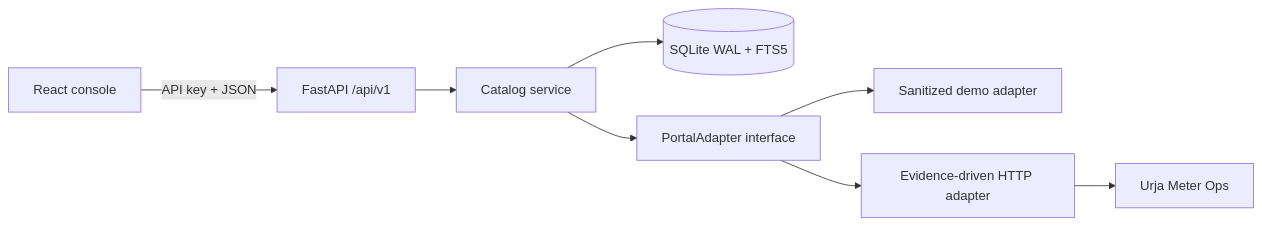
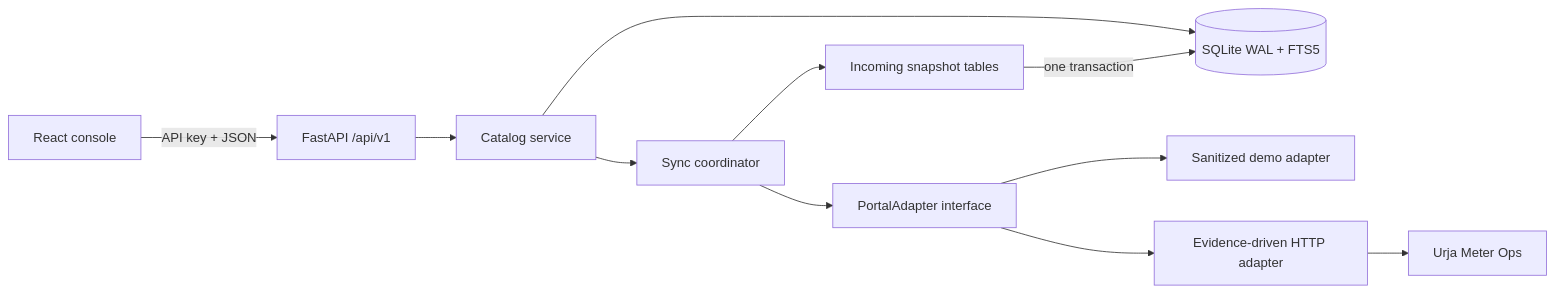
One commit to Thippeswamykr1204/Urja-Meter-Gateway changed the diagram in docs/architecture.md. Above: the diagram before and after it, drawn with Mermaid. The commit also changed other lines of this file and 103 other files, not shown here.

````diff
--- a/docs/architecture.md
+++ b/docs/architecture.md
@@ -3,10 +3,13 @@
 ```mermaid
 flowchart LR
   Browser[React console] -->|API key + JSON| API[FastAPI /api/v1]
   API --> Service[Catalog service]
+  Service --> Sync[Sync coordinator]
   Service --> Store[(SQLite WAL + FTS5)]
-  Service --> Port[PortalAdapter interface]
+  Sync --> Snapshot[Incoming snapshot tables]
+  Snapshot -->|one transaction| Store
+  Sync --> Port[PortalAdapter interface]
   Port --> Demo[Sanitized demo adapter]
   Port --> Live[Evidence-driven HTTP adapter]
   Live --> Portal[Urja Meter Ops]
 ```
````
